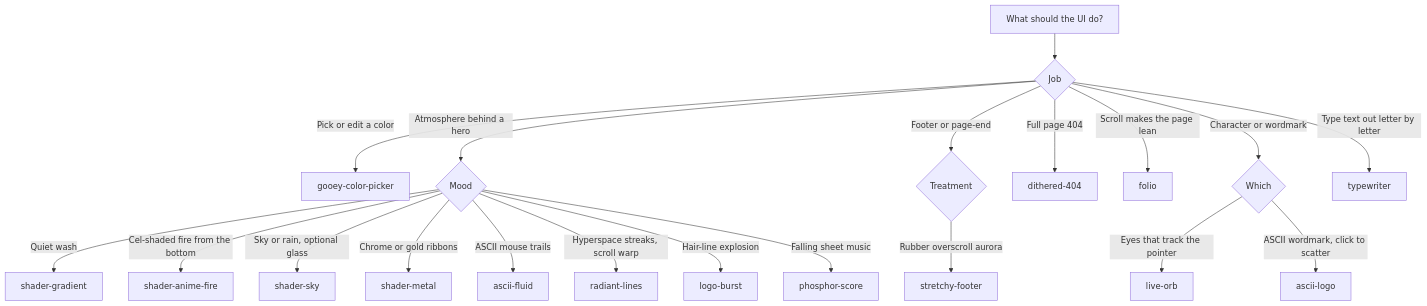
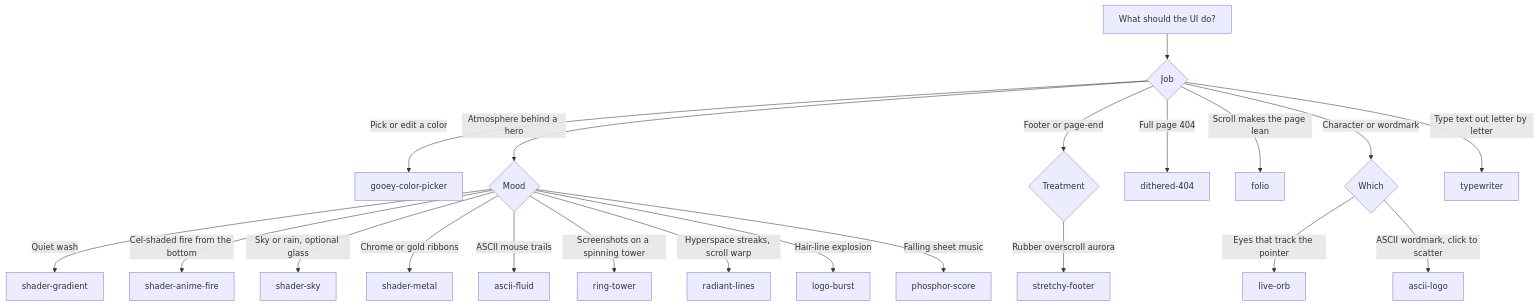
The diagram in .cursor/skills/23rd/SKILL.md (radiumcoders/23rd.dev), drawn with Mermaid before and after one commit. The commit also changed other lines of this file and 6 other files, not shown here.

Commit message:
List Ring Tower in the README and the agent skill.

````diff
--- a/.cursor/skills/23rd/SKILL.md
+++ b/.cursor/skills/23rd/SKILL.md
@@ -84,23 +85,24 @@
 ```mermaid
 flowchart TD
   start[What should the UI do?]
   start --> pick{Job}
   pick -->|Pick or edit a color| gooey[gooey-color-picker]
   pick -->|Atmosphere behind a hero| atmo{Mood}
   pick -->|Footer or page-end| foot{Treatment}
   pick -->|Full page 404| d404[dithered-404]
   pick -->|Scroll makes the page lean| folio[folio]
   pick -->|Character or wordmark| mark{Which}
   pick -->|Type text out letter by letter| tw[typewriter]
   atmo -->|Quiet wash| sg[shader-gradient]
   atmo -->|Cel-shaded fire from the bottom| saf[shader-anime-fire]
   atmo -->|Sky or rain, optional glass| ss[shader-sky]
   atmo -->|Chrome or gold ribbons| sm[shader-metal]
   atmo -->|ASCII mouse trails| af[ascii-fluid]
+  atmo -->|Screenshots on a spinning tower| rt[ring-tower]
   atmo -->|Hyperspace streaks, scroll warp| rl[radiant-lines]
   atmo -->|Hair-line explosion| lb[logo-burst]
   atmo -->|Falling sheet music| ps[phosphor-score]
   foot -->|Rubber overscroll aurora| st[stretchy-footer]
   mark -->|Eyes that track the pointer| orb[live-orb]
   mark -->|ASCII wordmark, click to scatter| al[ascii-logo]
 ```
````
